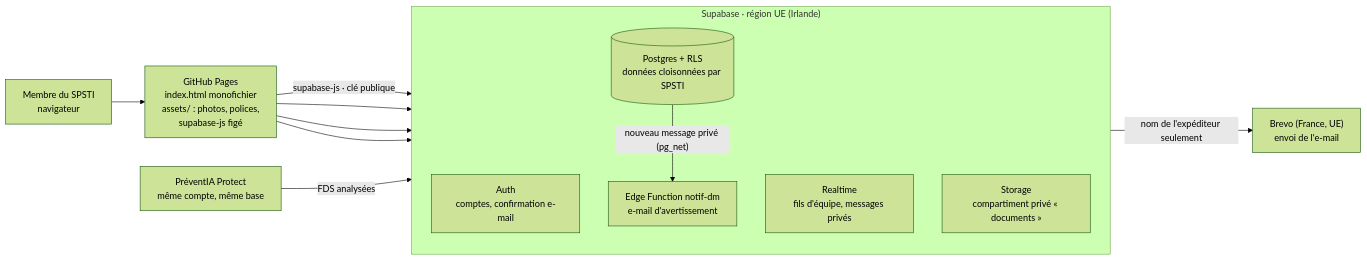
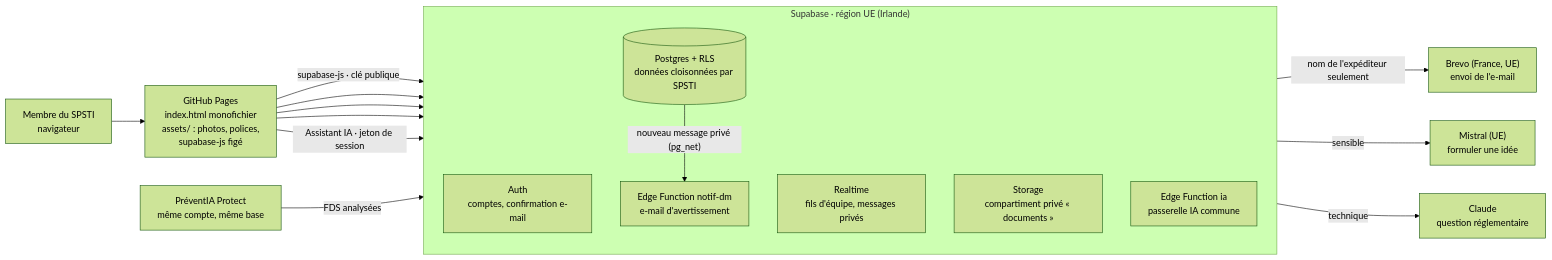
One commit to laurebonnefond/laurebonnefond-preventia-reseau changed the second of 2 diagrams in README.md. Above: the diagram before and after it, drawn with Mermaid (forest theme). The commit also changed other lines of this file and 1 other file, not shown here.

First line of the commit message:
Assistant IA : formuler une idée (Mistral UE) et question réglementaire (Claude)

````diff
--- a/README.md
+++ b/README.md
@@ -84,23 +84,29 @@
 ```mermaid
 flowchart LR
     U["Membre du SPSTI<br/>navigateur"]
     GH["GitHub Pages<br/>index.html monofichier<br/>assets/ : photos, polices,<br/>supabase-js figé"]
     subgraph SB["Supabase · région UE (Irlande)"]
         direction TB
         AUTH["Auth<br/>comptes, confirmation e-mail"]
         PG[("Postgres + RLS<br/>données cloisonnées par SPSTI")]
         RT["Realtime<br/>fils d'équipe, messages privés"]
         ST["Storage<br/>compartiment privé « documents »"]
         EF["Edge Function notif-dm<br/>e-mail d'avertissement"]
+        IA["Edge Function ia<br/>passerelle IA commune"]
     end
+    MI["Mistral (UE)<br/>formuler une idée"]
+    CL["Claude<br/>question réglementaire"]
     BR["Brevo (France, UE)<br/>envoi de l'e-mail"]
     PP["PréventIA Protect<br/>même compte, même base"]
     U --> GH
     GH -- "supabase-js · clé publique" --> AUTH
     GH --> PG
     GH --> RT
     GH --> ST
     PG -- "nouveau message privé (pg_net)" --> EF
     EF -- "nom de l'expéditeur seulement" --> BR
     PP -- "FDS analysées" --> PG
+    GH -- "Assistant IA · jeton de session" --> IA
+    IA -- "sensible" --> MI
+    IA -- "technique" --> CL
 ```
````
